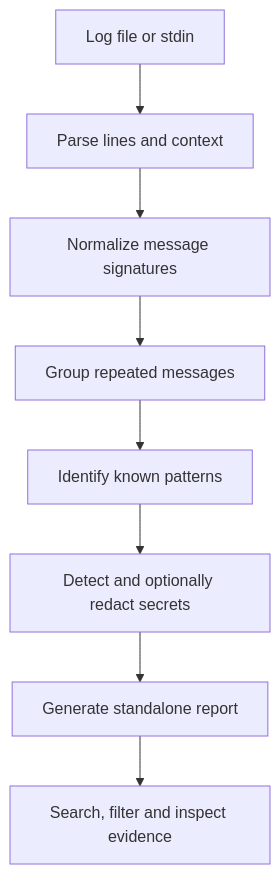
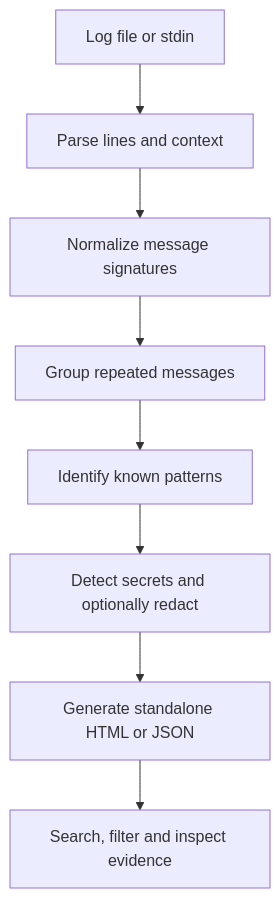
The diagram in README.md (Lidnas/Logloom), drawn with Mermaid before and after one commit. The commit also changed other lines of this file, not shown here.

````diff
--- a/README.md
+++ b/README.md
@@ -107,10 +100,10 @@
 ```mermaid
 flowchart TD
     A["Log file or stdin"] --> B["Parse lines and context"]
     B --> C["Normalize message signatures"]
     C --> D["Group repeated messages"]
     D --> E["Identify known patterns"]
-    E --> F["Detect and optionally redact secrets"]
-    F --> G["Generate standalone report"]
+    E --> F["Detect secrets and optionally redact"]
+    F --> G["Generate standalone HTML or JSON"]
     G --> H["Search, filter and inspect evidence"]
 ```
````
